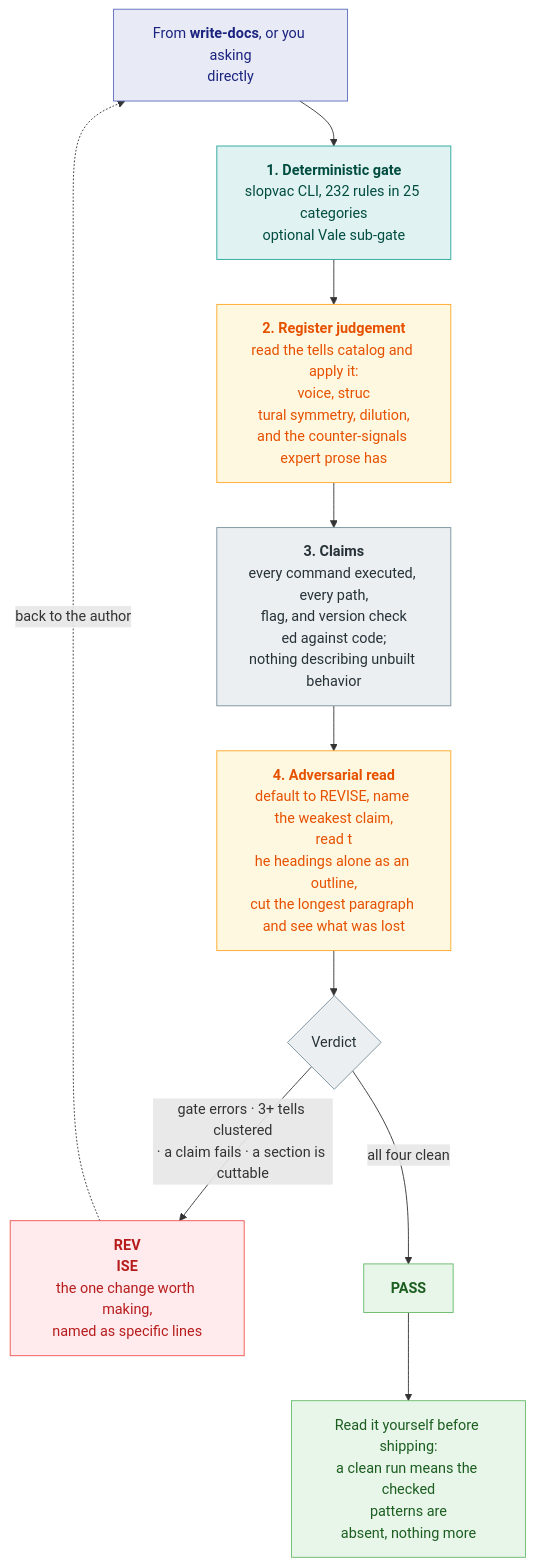
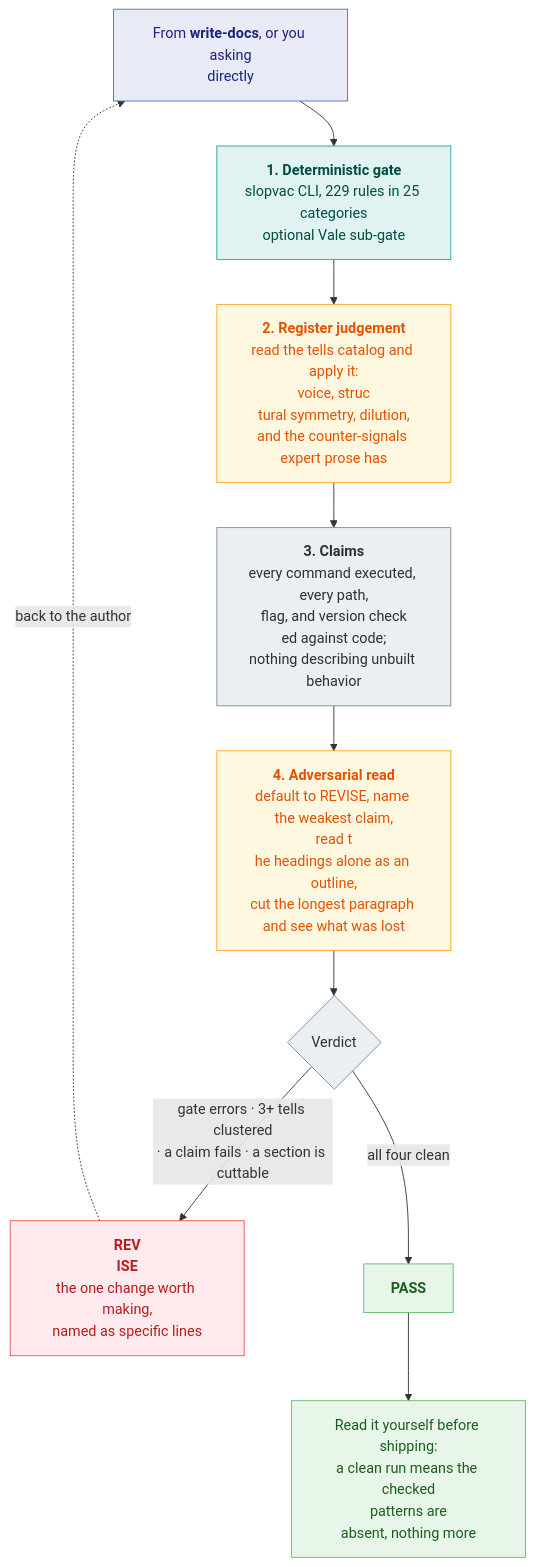
The second of 2 diagrams in README.md (srobroek/slopvac), drawn with Mermaid before and after one commit. The commit also changed other lines of this file and 3 other files, not shown here.

````diff
--- a/README.md
+++ b/README.md
@@ -106,41 +106,41 @@
 ```mermaid
 flowchart TD
     IN["From <b>write-docs</b>, or you asking<br/>directly"]
 
     IN --> GATE
 
-    GATE["<b>1. Deterministic gate</b><br/>slopvac CLI, 232 rules in 25 categories<br/>optional Vale sub-gate"]
+    GATE["<b>1. Deterministic gate</b><br/>slopvac CLI, 229 rules in 25 categories<br/>optional Vale sub-gate"]
 
     GATE --> REG["<b>2. Register judgement</b><br/>read the tells catalog and apply it:<br/>voice, struc
 tural symmetry, dilution,<br/>and the counter-signals expert prose has"]
 
     REG --> CLAIMS["<b>3. Claims</b><br/>every command executed, every path,<br/>flag, and version check
 ed against code;<br/>nothing describing unbuilt behavior"]
 
     CLAIMS --> CUT["<b>4. Adversarial read</b><br/>default to REVISE, name the weakest claim,<br/>read t
 he headings alone as an outline,<br/>cut the longest paragraph and see what was lost"]
 
     CUT --> V{"Verdict"}
 
     V -->|"gate errors · 3+ tells clustered<br/>· a claim fails · a section is cuttable"| REVISE["<b>REV
 ISE</b><br/>the one change worth making,<br/>named as specific lines"]
     V -->|"all four clean"| PASS["<b>PASS</b>"]
 
     REVISE -.->|back to the author| IN
     PASS --> SHIP["Read it yourself before shipping:<br/>a clean run means the checked<br/>patterns are
 absent, nothing more"]
 
     classDef you fill:#e8eaf6,stroke:#5c6bc0,color:#1a237e
     classDef det fill:#e0f2f1,stroke:#26a69a,color:#004d40
     classDef jud fill:#fff8e1,stroke:#ffa726,color:#e65100
     classDef work fill:#eceff1,stroke:#78909c,color:#263238
     classDef bad fill:#ffebee,stroke:#ef5350,color:#b71c1c
     classDef good fill:#e8f5e9,stroke:#66bb6a,color:#1b5e20
 
     class IN you
     class GATE det
     class REG,CUT jud
     class CLAIMS,V work
     class REVISE bad
     class PASS,SHIP good
 ```
````
